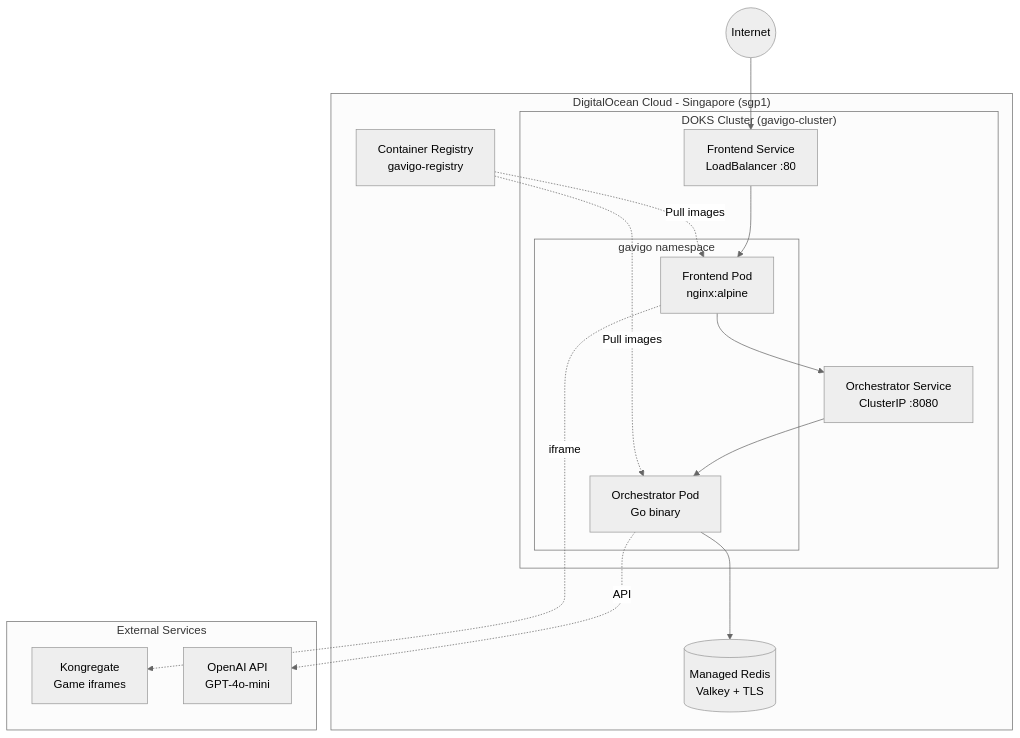
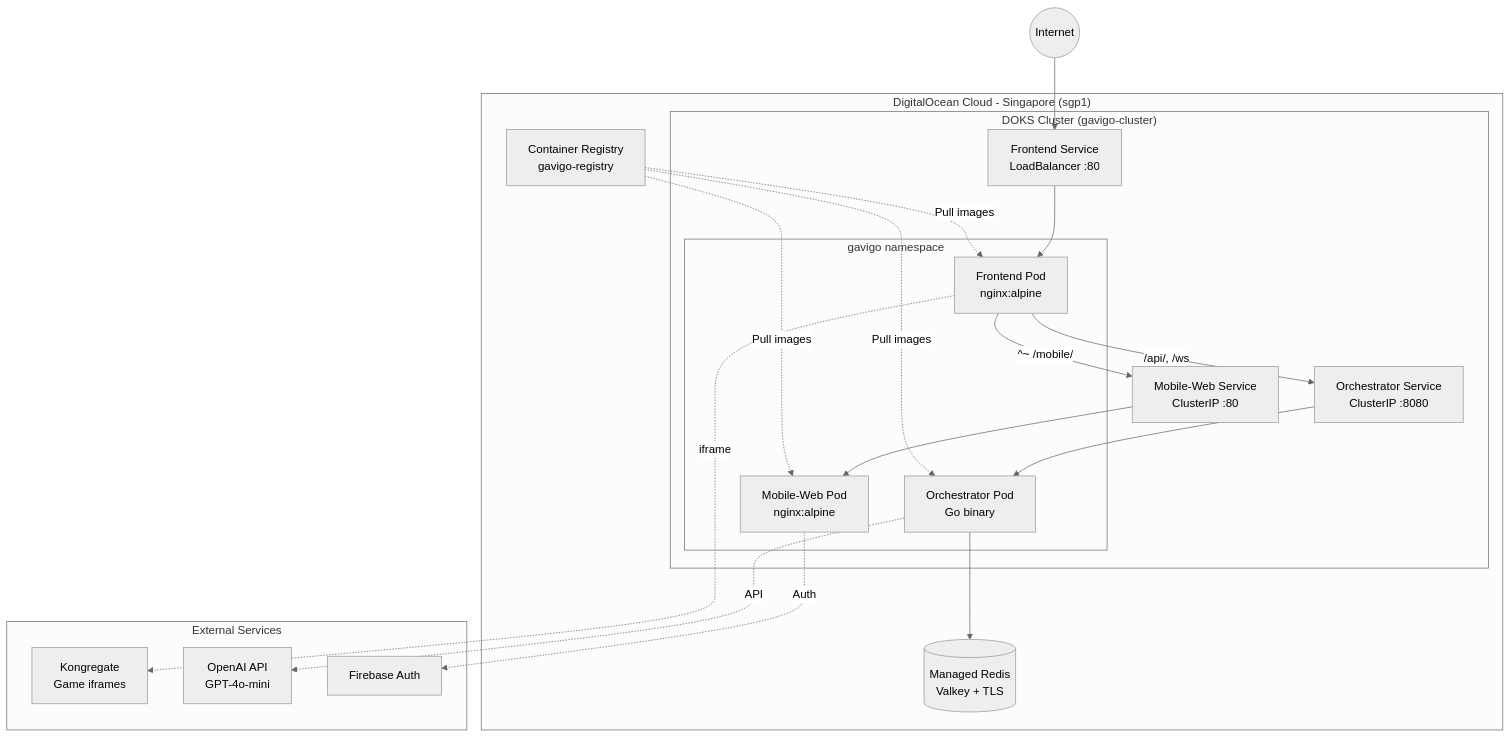
Before and after one commit to ChanMeng666/gavigo: the sixth of 7 diagrams in README.md, drawn with Mermaid (neutral theme). The commit also changed other lines of this file and 2 other files, not shown here.

First line of the commit message:
docs: update project documentation for mobile app and social API

````diff
--- a/README.md
+++ b/README.md
@@ -275,32 +296,39 @@
 ```mermaid
 graph TB
     subgraph "DigitalOcean Cloud - Singapore (sgp1)"
         subgraph "DOKS Cluster (gavigo-cluster)"
             subgraph "gavigo namespace"
                 FE_POD[Frontend Pod<br/>nginx:alpine]
                 ORCH_POD[Orchestrator Pod<br/>Go binary]
+                MW_POD[Mobile-Web Pod<br/>nginx:alpine]
             end
 
             FE_SVC[Frontend Service<br/>LoadBalancer :80]
             ORCH_SVC[Orchestrator Service<br/>ClusterIP :8080]
+            MW_SVC[Mobile-Web Service<br/>ClusterIP :80]
         end
 
         REDIS_DB[(Managed Redis<br/>Valkey + TLS)]
         REGISTRY[Container Registry<br/>gavigo-registry]
     end
 
     subgraph "External Services"
         KONG[Kongregate<br/>Game iframes]
         OPENAI[OpenAI API<br/>GPT-4o-mini]
+        FIREBASE[Firebase Auth]
     end
 
     INTERNET((Internet)) --> FE_SVC
     FE_SVC --> FE_POD
-    FE_POD --> ORCH_SVC
+    FE_POD -->|^~ /mobile/| MW_SVC
+    MW_SVC --> MW_POD
+    FE_POD -->|/api/, /ws| ORCH_SVC
     ORCH_SVC --> ORCH_POD
     ORCH_POD --> REDIS_DB
     FE_POD -.->|iframe| KONG
     ORCH_POD -.->|API| OPENAI
+    MW_POD -.->|Auth| FIREBASE
     REGISTRY -.->|Pull images| FE_POD
     REGISTRY -.->|Pull images| ORCH_POD
+    REGISTRY -.->|Pull images| MW_POD
 ```
````
